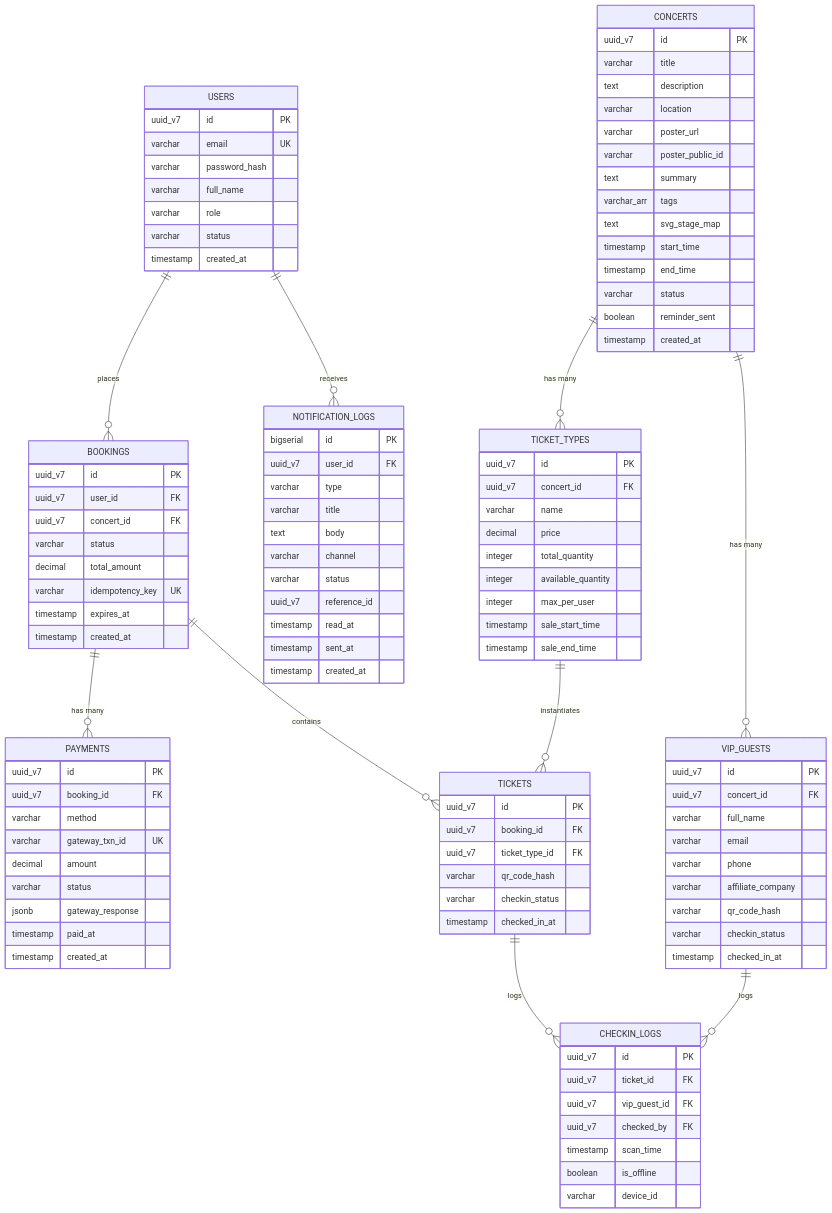
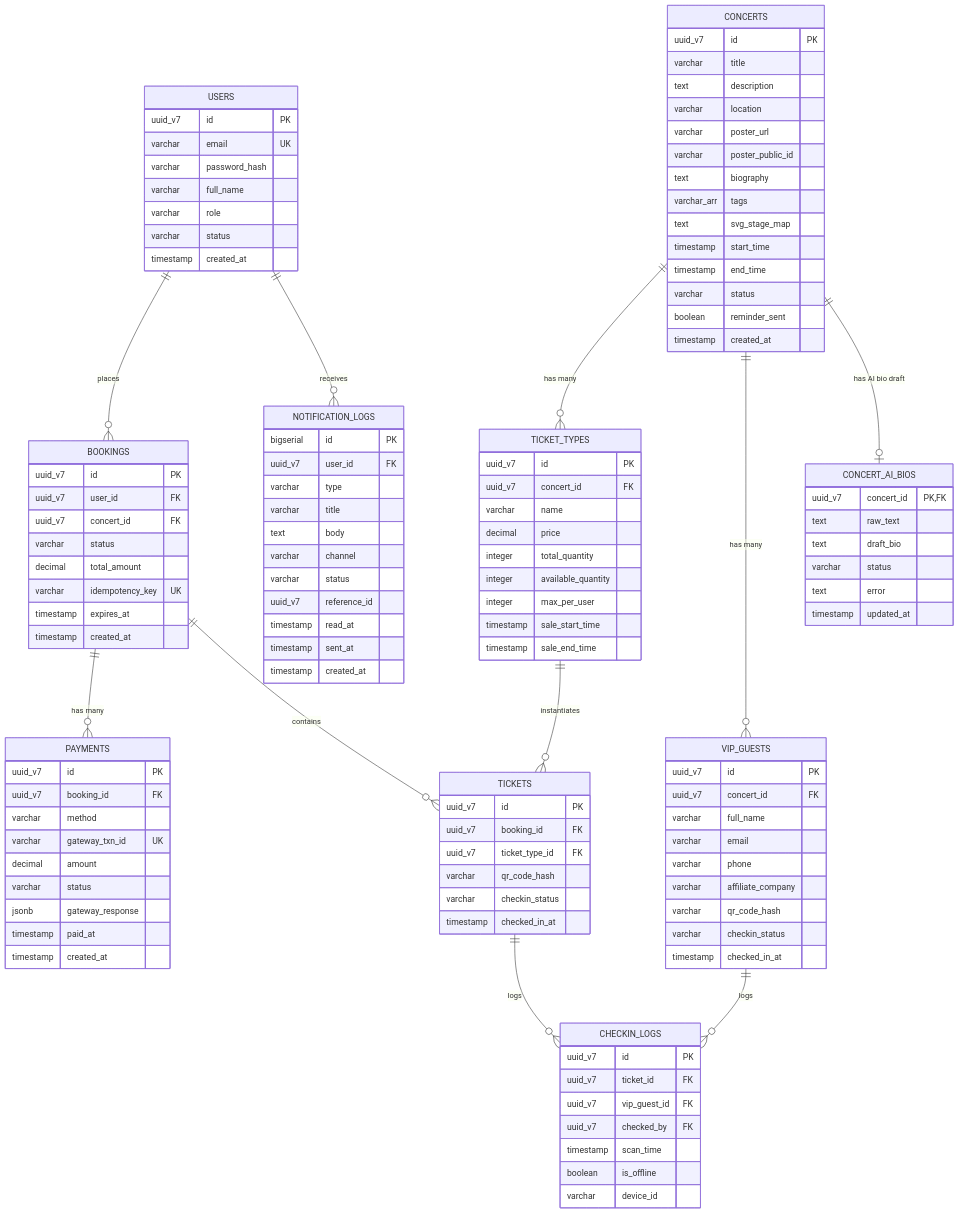
One commit to thuytranj/TicketBox changed the fourth of 15 diagrams in docs/design.md. Above: the diagram before and after it, drawn with Mermaid. The commit also changed other lines of this file and 29 other files, not shown here.

````diff
--- a/docs/design.md
+++ b/docs/design.md
@@ -326,7 +326,7 @@
         varchar location
         varchar poster_url
         varchar poster_public_id
-        text summary
+        text biography
         varchar_arr tags
         text svg_stage_map
         timestamp start_time
@@ -334,6 +334,14 @@
         varchar status
         boolean reminder_sent
         timestamp created_at
+    }
+    CONCERT_AI_BIOS {
+        uuid_v7 concert_id PK, FK
+        text raw_text
+        text draft_bio
+        varchar status
+        text error
+        timestamp updated_at
     }
     TICKET_TYPES {
         uuid_v7 id PK
@@ -418,4 +426,5 @@
     VIP_GUESTS ||--o{ CHECKIN_LOGS : "logs"
     CONCERTS ||--o{ VIP_GUESTS : "has many"
     USERS ||--o{ NOTIFICATION_LOGS : "receives"
+    CONCERTS ||--o| CONCERT_AI_BIOS : "has AI bio draft"
 ```
````
